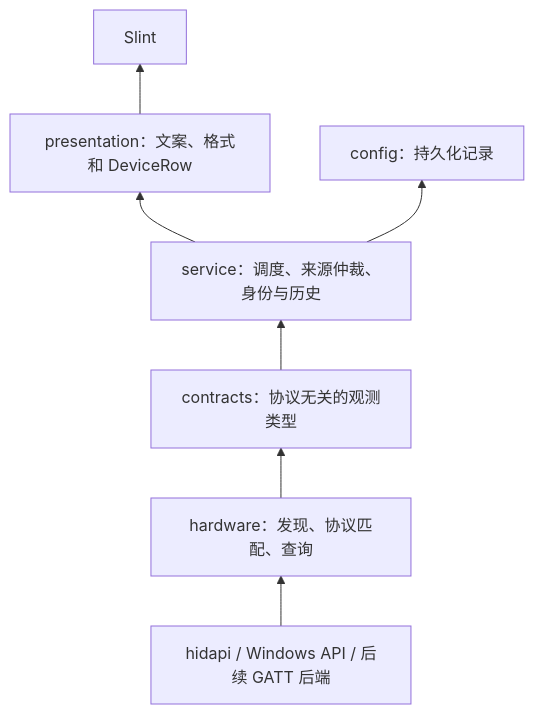
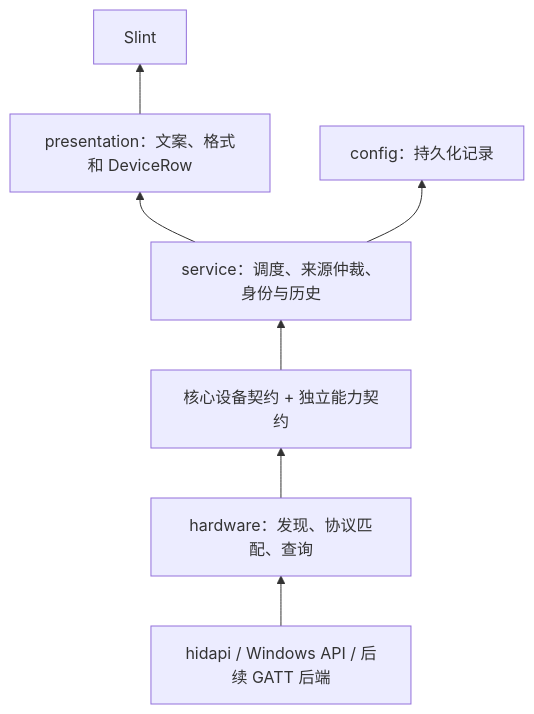
One commit to Ageha920/Periph-In-One changed the diagram in docs/HARDWARE-ARCHITECTURE.md. Above: the diagram before and after it, drawn with Mermaid. The commit also changed other lines of this file, not shown here.

````diff
--- a/docs/HARDWARE-ARCHITECTURE.md
+++ b/docs/HARDWARE-ARCHITECTURE.md
@@ -32,9 +34,9 @@
 ```mermaid
 flowchart BT
     IO[hidapi / Windows API / 后续 GATT 后端] --> HW[hardware：发现、协议匹配、查询]
-    HW --> C[contracts：协议无关的观测类型]
+    HW --> C[核心设备契约 + 独立能力契约]
     C --> S[service：调度、来源仲裁、身份与历史]
     S --> P[presentation：文案、格式和 DeviceRow]
     P --> UI[Slint]
     S --> CFG[config：持久化记录]
 ```
````
